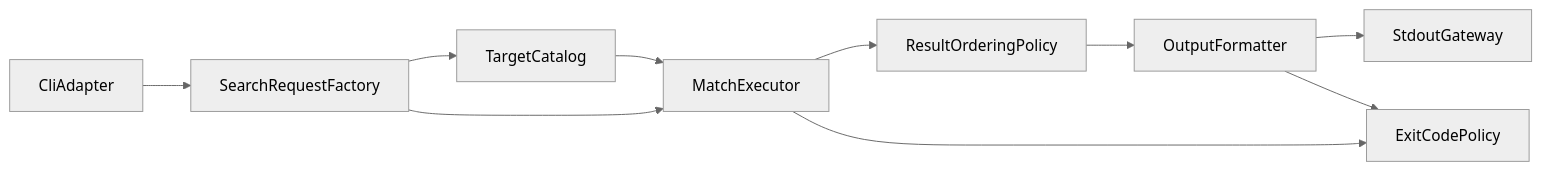
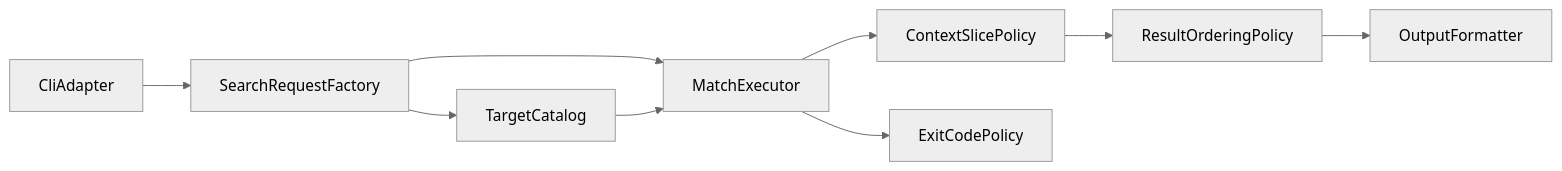
One commit to j5ik2o/takt-sdd changed the diagram in tests/qgrep/.kiro/specs/qgrep/design.md. Above: the diagram before and after it, drawn with Mermaid (neutral theme). The commit also changed other lines of this file and 28 other files, not shown here.

````diff
--- a/tests/qgrep/.kiro/specs/qgrep/design.md
+++ b/tests/qgrep/.kiro/specs/qgrep/design.md
@@ -39,21 +48,20 @@
 ```mermaid
 flowchart LR
   cli_adapter[CliAdapter]
   request_factory[SearchRequestFactory]
   target_catalog[TargetCatalog]
   match_executor[MatchExecutor]
+  context_slice_policy[ContextSlicePolicy]
   ordering_policy[ResultOrderingPolicy]
   output_formatter[OutputFormatter]
   exit_code_policy[ExitCodePolicy]
-  stdout_gateway[StdoutGateway]
 
   cli_adapter --> request_factory
   request_factory --> target_catalog
   request_factory --> match_executor
   target_catalog --> match_executor
-  match_executor --> ordering_policy
+  match_executor --> context_slice_policy
+  context_slice_policy --> ordering_policy
   ordering_policy --> output_formatter
-  output_formatter --> stdout_gateway
   match_executor --> exit_code_policy
-  output_formatter --> exit_code_policy
 ```
````
